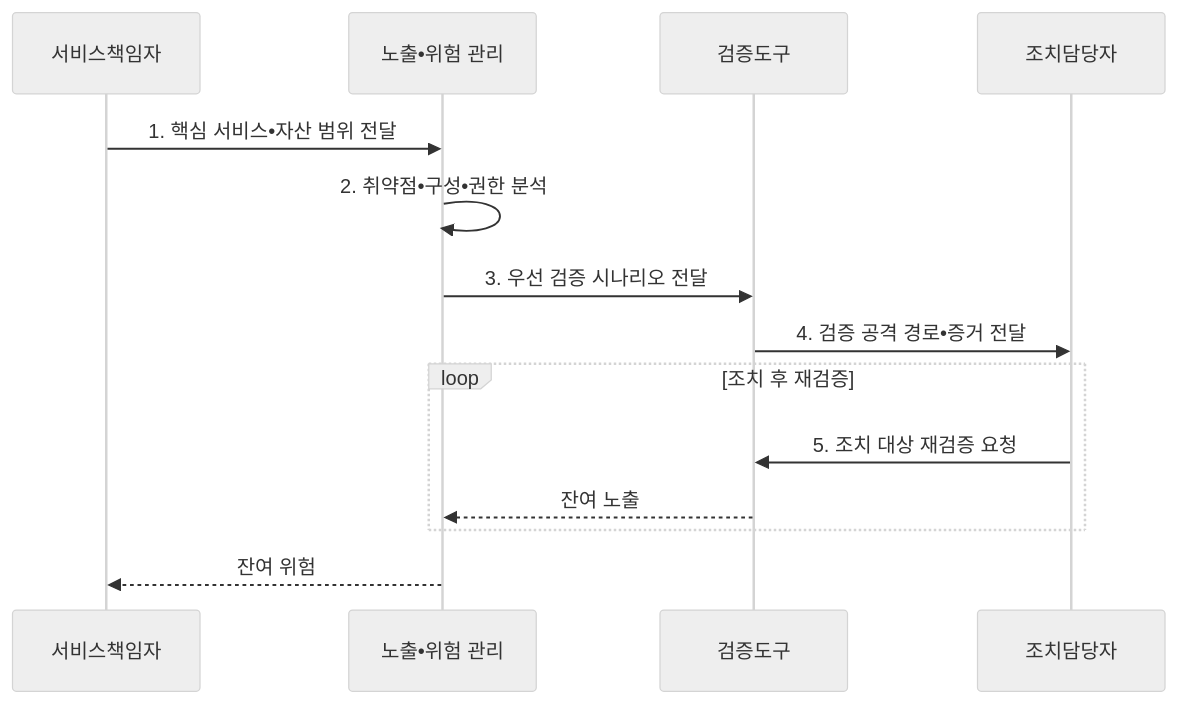
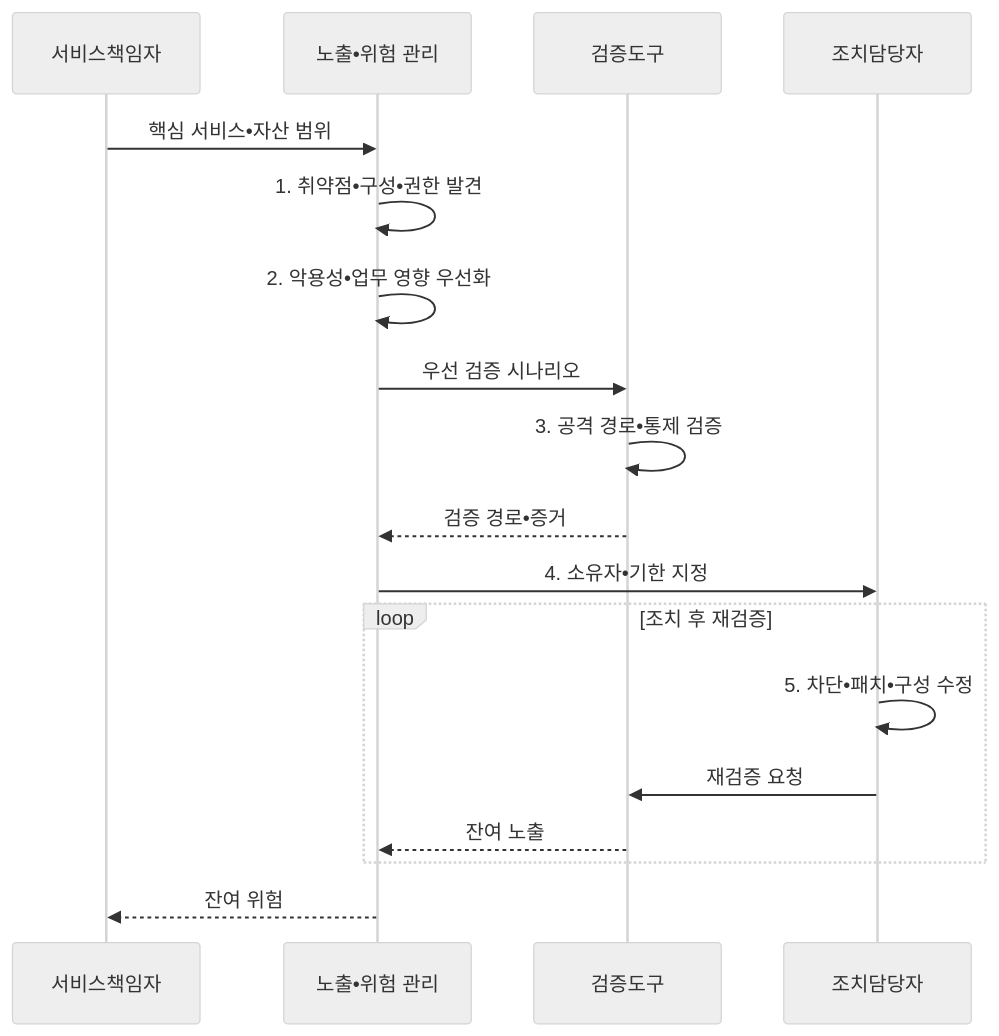
One commit to agnusdei1207/knowledge-base changed the second of 2 diagrams in src/content/docs/notes/05-security/040_ctem.md. Above: the diagram before and after it, drawn with Mermaid (neutral theme). The commit also changed other lines of this file and 13 other files, not shown here.

````diff
--- a/src/content/docs/notes/05-security/040_ctem.md
+++ b/src/content/docs/notes/05-security/040_ctem.md
@@ -104,16 +104,20 @@
 ```mermaid
 sequenceDiagram
     participant 서비스책임자
     participant 노출관리 as 노출•위험 관리
     participant 검증도구
     participant 조치담당자
-    서비스책임자->>노출관리: 1. 핵심 서비스•자산 범위 전달
-    노출관리->>노출관리: 2. 취약점•구성•권한 분석
-    노출관리->>검증도구: 3. 우선 검증 시나리오 전달
-    검증도구->>조치담당자: 4. 검증 공격 경로•증거 전달
+    서비스책임자->>노출관리: 핵심 서비스•자산 범위
+    노출관리->>노출관리: 1. 취약점•구성•권한 발견
+    노출관리->>노출관리: 2. 악용성•업무 영향 우선화
+    노출관리->>검증도구: 우선 검증 시나리오
+    검증도구->>검증도구: 3. 공격 경로•통제 검증
+    검증도구-->>노출관리: 검증 경로•증거
+    노출관리->>조치담당자: 4. 소유자•기한 지정
     loop 조치 후 재검증
-        조치담당자->>검증도구: 5. 조치 대상 재검증 요청
+        조치담당자->>조치담당자: 5. 차단•패치•구성 수정
+        조치담당자->>검증도구: 재검증 요청
         검증도구-->>노출관리: 잔여 노출
     end
     노출관리-->>서비스책임자: 잔여 위험
 ```
````
